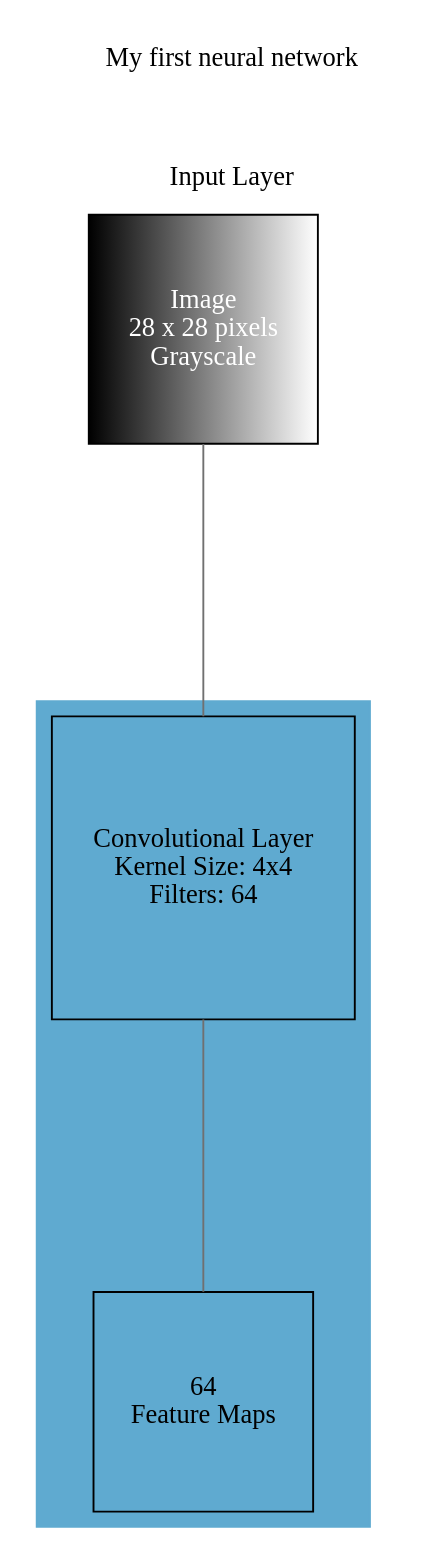
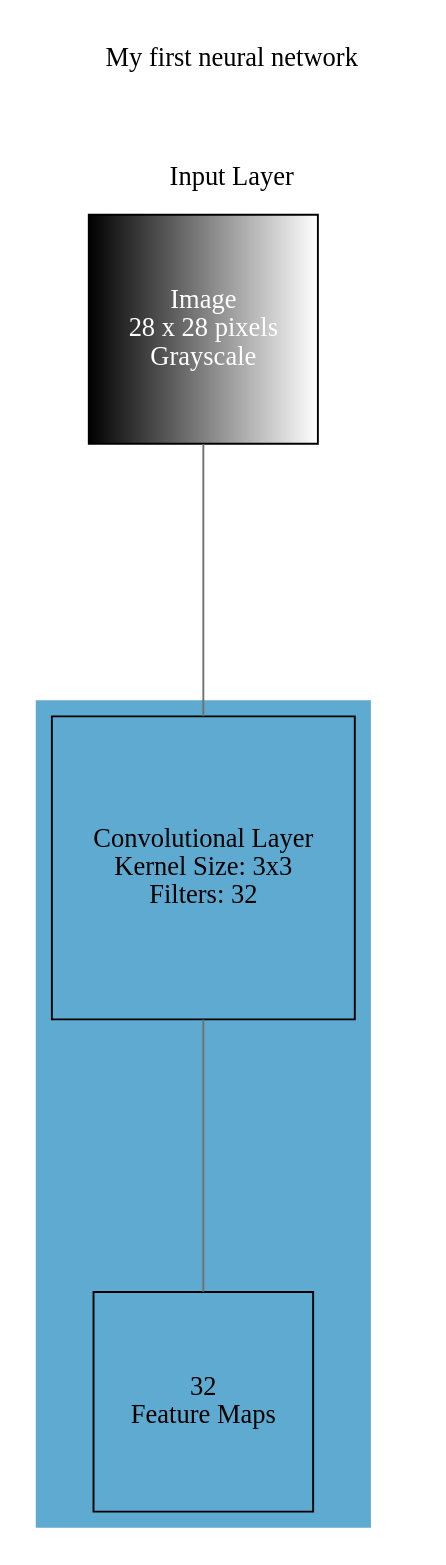
The diagram in projects/capstone/network.gv (BobRawr101/machine-learning), drawn with Graphviz before and after one commit. The commit also changed 5 other files, not shown here.

```diff
--- a/projects/capstone/network.gv
+++ b/projects/capstone/network.gv
@@ -1,33 +1,33 @@
 digraph g {
 	graph [nodesep=1 ranksep=2 splines=false]
 	edge [arrowhead=none color="#707070"]
 	subgraph cluster_input {
 		node [fillcolor="black:white" fontcolor=white shape=square style=filled]
 		color=white label="My first neural network
 
 
 
 Input Layer"
 		1 [label="Image
  28 x 28 pixels
 Grayscale" fontcolor=white]
 	}
 	conv_2 -> 2
 	1 -> conv_2
 	subgraph cluster_1 {
 		color="#5faad0" style=filled
 		conv_2 [label="Convolutional Layer
-Kernel Size: 4x4
-Filters: 64" shape=square]
-		2 [label="64
+Kernel Size: 3x3
+Filters: 32" shape=square]
+		2 [label="32
 Feature Maps" shape=square]
 	}
 	subgraph cluster_output {
 		node [color="#2ecc71" fontcolor="#2ecc71" shape=circle style=filled]
 		color=white
 		rank=same
 		labeljust=1
 		label="Output Layer" labelloc=bottom
 	}
 	arrowShape=none
 }
```
